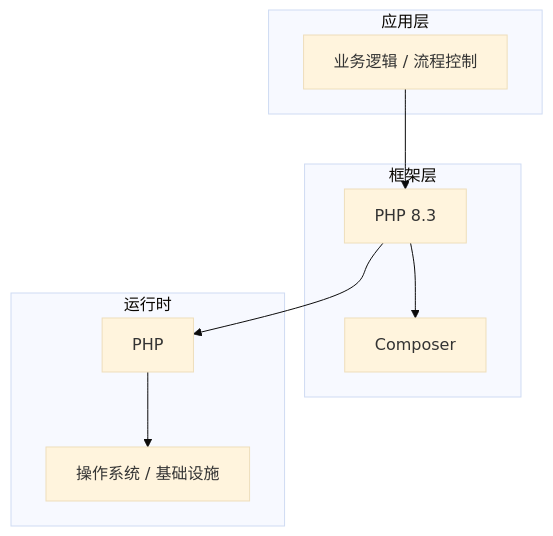
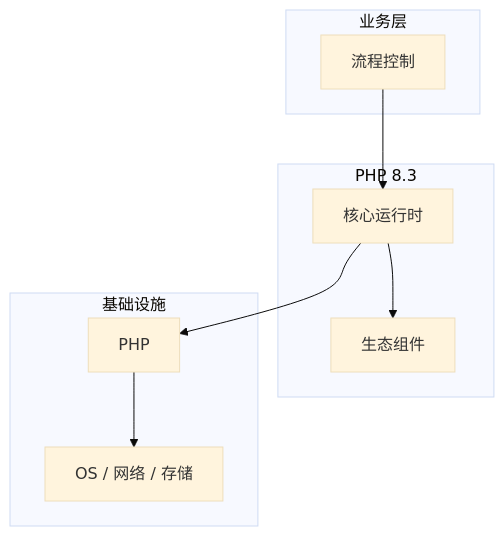
One commit to yanggan2015/knowledge-json-v2 changed the diagram in articles/PHP/chapters/013-流程控制核心概念与原理.md. Above: the diagram before and after it, drawn with Mermaid (base theme). The commit also changed other lines of this file and 10127 other files, not shown here.

````diff
--- a/articles/PHP/chapters/013-流程控制核心概念与原理.md
+++ b/articles/PHP/chapters/013-流程控制核心概念与原理.md
@@ -45,18 +34,18 @@
 ```mermaid
 graph TB
-    subgraph 应用层
-        A[业务逻辑 / 流程控制]
+    subgraph 业务层
+        A[流程控制]
     end
-    subgraph 框架层
-        B[PHP 8.3]
-        C[Composer]
+    subgraph PHP 8.3
+        B[核心运行时]
+        C[生态组件]
     end
-    subgraph 运行时
+    subgraph 基础设施
         D[PHP]
-        E[操作系统 / 基础设施]
+        E[OS / 网络 / 存储]
     end
     A --> B
     B --> C
     B --> D
     D --> E
 ```
````
